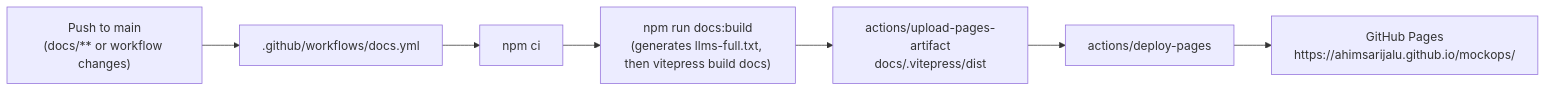
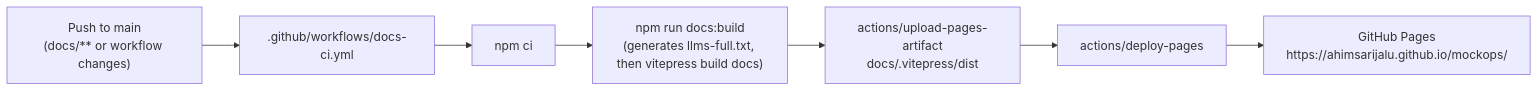
The diagram in docs/deployment/github-pages.md (ahimsarijalu/mockops), drawn with Mermaid before and after one commit. The commit also changed other lines of this file and 21 other files, not shown here.

````diff
--- a/docs/deployment/github-pages.md
+++ b/docs/deployment/github-pages.md
@@ -10,12 +10,12 @@
 ```mermaid
 flowchart LR
     Push["Push to main<br/>(docs/** or workflow changes)"]
-    Workflow[".github/workflows/docs.yml"]
+    Workflow[".github/workflows/docs-ci.yml"]
     Install["npm ci"]
     Build["npm run docs:build<br/>(generates llms-full.txt, then vitepress build docs)"]
     Artifact["actions/upload-pages-artifact<br/>docs/.vitepress/dist"]
     Deploy["actions/deploy-pages"]
     Pages["GitHub Pages<br/>https://ahimsarijalu.github.io/mockops/"]
 
     Push --> Workflow --> Install --> Build --> Artifact --> Deploy --> Pages
 ```
````
